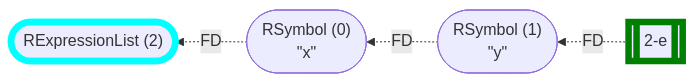
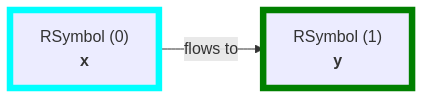
The seventh of 22 diagrams in wiki/Control Flow Graph.md (flowr-analysis/flowr), drawn with Mermaid before and after one commit. The commit also changed other lines of this file and 141 other files, not shown here.

````diff
--- a/wiki/Control Flow Graph.md
+++ b/wiki/Control Flow Graph.md
@@ -505,13 +451,9 @@
 ```mermaid
-flowchart RL
-    n2(["`RExpressionList (2)`"])
-    n0(["`RSymbol (0)
-#34;x#34;`"])
-    n1(["`RSymbol (1)
-#34;y#34;`"])
-    n2-e[[2-e]]
-    n0 -.->|"FD"| n2
-    n1 -.->|"FD"| n0
-    n2-e -.->|"FD"| n1
-    style n2 stroke:cyan,stroke-width:6.5px;    style n2-e stroke:green,stroke-width:6.5px;
+flowchart LR
+    n0["`RSymbol (0)
+**x**`"]
+    n1["`RSymbol (1)
+**y**`"]
+    n0 -->|"flows to"| n1
+    style n0 stroke:cyan,stroke-width:6.5px;    style n1 stroke:green,stroke-width:6.5px;
 ```
````
